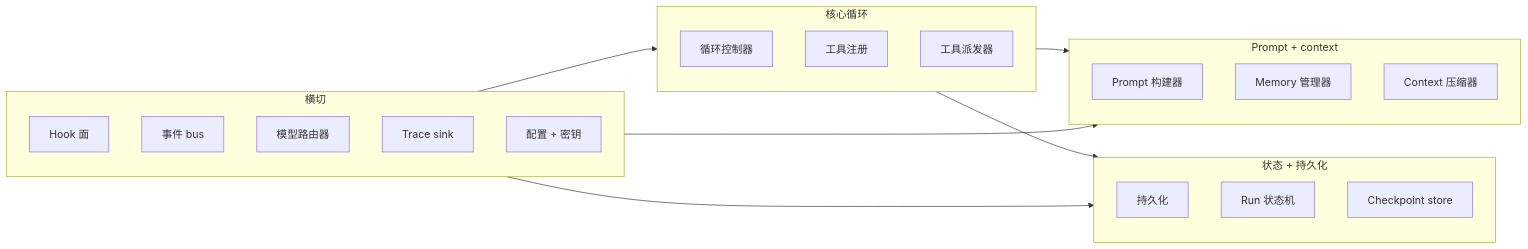
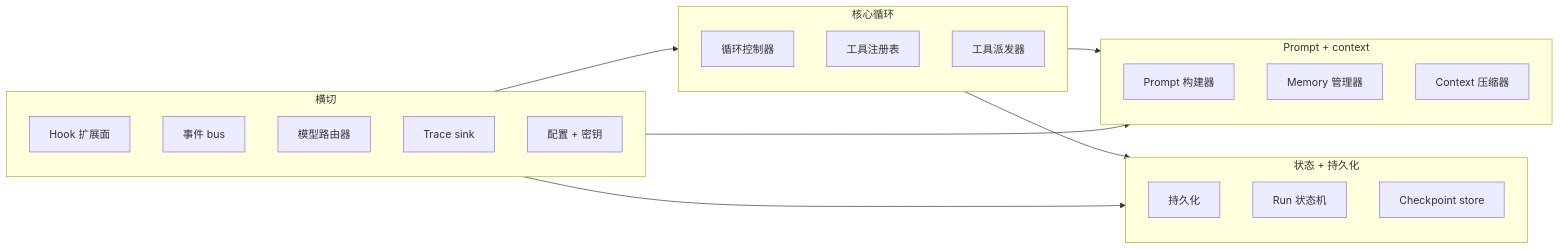
One commit to ocxers/agentic-ai-system-course-zh changed the first of 3 diagrams in course-zh/11-agent-harness.md. Above: the diagram before and after it, drawn with Mermaid. The commit also changed other lines of this file and 22 other files, not shown here.

````diff
--- a/course-zh/11-agent-harness.md
+++ b/course-zh/11-agent-harness.md
@@ -35,30 +35,30 @@
 ```mermaid
 flowchart LR
     subgraph CORE["核心循环"]
         LC["循环控制器"]
-        TR["工具注册"]
+        TR["工具注册表"]
         TD["工具派发器"]
     end
     subgraph PROMPT["Prompt + context"]
         PB["Prompt 构建器"]
         MM["Memory 管理器"]
         CC["Context 压缩器"]
     end
     subgraph STATE["状态 + 持久化"]
         PS["持久化"]
         RR["Run 状态机"]
         CK["Checkpoint store"]
     end
     subgraph PLUMBING["横切"]
-        HS["Hook 面"]
+        HS["Hook 扩展面"]
         BS["事件 bus"]
         MR["模型路由器"]
         TS["Trace sink"]
         CFG["配置 + 密钥"]
     end
     CORE --> PROMPT
     CORE --> STATE
     PLUMBING --> CORE
     PLUMBING --> PROMPT
     PLUMBING --> STATE
 ```
````
